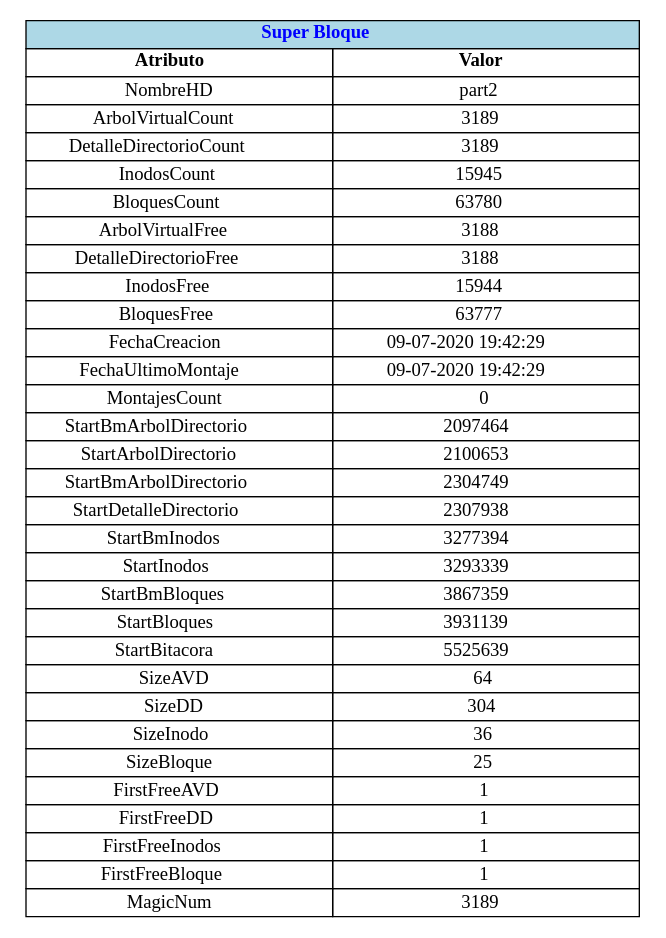
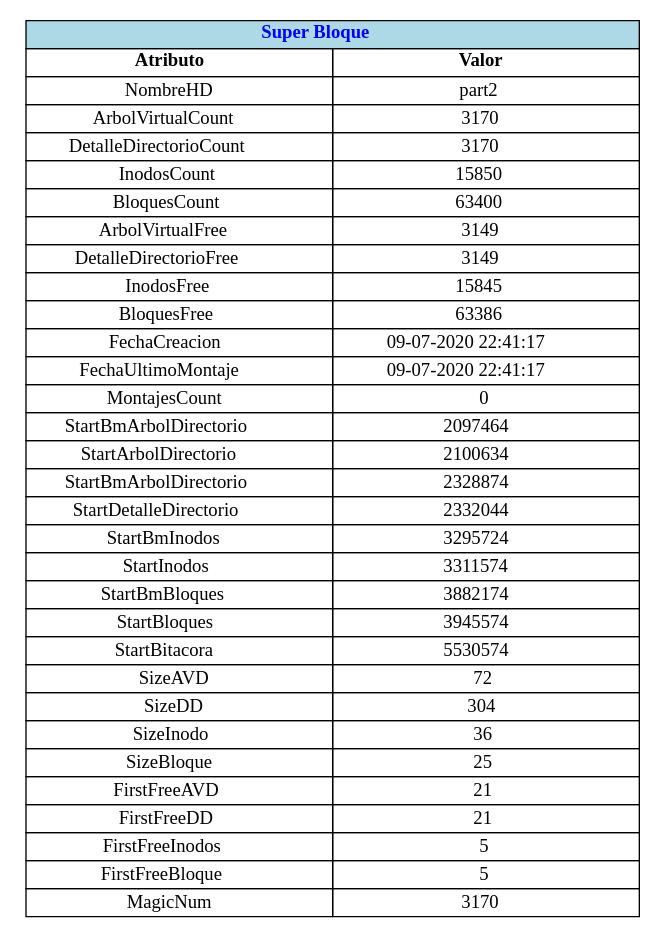
Before and after one commit to xJosee/SistemaArchivos: the diagram in Reportes/graficaSuperBloque.dot, drawn with Graphviz. The commit also changed 8 other files, not shown here.

```diff
--- a/Reportes/graficaSuperBloque.dot
+++ b/Reportes/graficaSuperBloque.dot
@@ -1,39 +1,39 @@
 digraph G{ 
 node [shape=plaintext]
 tbl[
 label=<
 <table border='0' cellborder='1' cellspacing='0' width='300'  height='200' >
  <tr ><td colspan='2' bgcolor= 'lightblue' ><b><font color='blue'>Super Bloque</font></b></td></tr><tr>  <td width='230'> <b>Atributo</b> </td> <td width='230'> <b>Valor</b> </td>  </tr>
 <tr>  <td>NombreHD</td><td>part2</td>  </tr>
-<tr>  <td>ArbolVirtualCount</td><td>3189</td>  </tr>
-<tr>  <td>DetalleDirectorioCount</td><td>3189</td>  </tr>
-<tr>  <td>InodosCount</td><td>15945</td>  </tr>
-<tr>  <td>BloquesCount</td><td>63780</td>  </tr>
-<tr>  <td>ArbolVirtualFree</td><td>3188</td>  </tr>
-<tr>  <td>DetalleDirectorioFree</td><td>3188</td>  </tr>
-<tr>  <td>InodosFree</td><td>15944</td>  </tr>
-<tr>  <td>BloquesFree</td><td>63777</td>  </tr>
-<tr>  <td>FechaCreacion</td><td>09-07-2020 19:42:29</td>  </tr>
-<tr>  <td>FechaUltimoMontaje</td><td>09-07-2020 19:42:29</td>  </tr>
+<tr>  <td>ArbolVirtualCount</td><td>3170</td>  </tr>
+<tr>  <td>DetalleDirectorioCount</td><td>3170</td>  </tr>
+<tr>  <td>InodosCount</td><td>15850</td>  </tr>
+<tr>  <td>BloquesCount</td><td>63400</td>  </tr>
+<tr>  <td>ArbolVirtualFree</td><td>3149</td>  </tr>
+<tr>  <td>DetalleDirectorioFree</td><td>3149</td>  </tr>
+<tr>  <td>InodosFree</td><td>15845</td>  </tr>
+<tr>  <td>BloquesFree</td><td>63386</td>  </tr>
+<tr>  <td>FechaCreacion</td><td>09-07-2020 22:41:17</td>  </tr>
+<tr>  <td>FechaUltimoMontaje</td><td>09-07-2020 22:41:17</td>  </tr>
 <tr>  <td>MontajesCount</td><td>0</td>  </tr>
 <tr>  <td>StartBmArbolDirectorio</td><td>2097464</td>  </tr>
-<tr>  <td>StartArbolDirectorio</td><td>2100653</td>  </tr>
-<tr>  <td>StartBmArbolDirectorio</td><td>2304749</td>  </tr>
-<tr>  <td>StartDetalleDirectorio</td><td>2307938</td>  </tr>
-<tr>  <td>StartBmInodos</td><td>3277394</td>  </tr>
-<tr>  <td>StartInodos</td><td>3293339</td>  </tr>
-<tr>  <td>StartBmBloques</td><td>3867359</td>  </tr>
-<tr>  <td>StartBloques</td><td>3931139</td>  </tr>
-<tr>  <td>StartBitacora</td><td>5525639</td>  </tr>
-<tr>  <td>SizeAVD</td><td>64</td>  </tr>
+<tr>  <td>StartArbolDirectorio</td><td>2100634</td>  </tr>
+<tr>  <td>StartBmArbolDirectorio</td><td>2328874</td>  </tr>
+<tr>  <td>StartDetalleDirectorio</td><td>2332044</td>  </tr>
+<tr>  <td>StartBmInodos</td><td>3295724</td>  </tr>
+<tr>  <td>StartInodos</td><td>3311574</td>  </tr>
+<tr>  <td>StartBmBloques</td><td>3882174</td>  </tr>
+<tr>  <td>StartBloques</td><td>3945574</td>  </tr>
+<tr>  <td>StartBitacora</td><td>5530574</td>  </tr>
+<tr>  <td>SizeAVD</td><td>72</td>  </tr>
 <tr>  <td>SizeDD</td><td>304</td>  </tr>
 <tr>  <td>SizeInodo</td><td>36</td>  </tr>
 <tr>  <td>SizeBloque</td><td>25</td>  </tr>
-<tr>  <td>FirstFreeAVD</td><td>1</td>  </tr>
-<tr>  <td>FirstFreeDD</td><td>1</td>  </tr>
-<tr>  <td>FirstFreeInodos</td><td>1</td>  </tr>
-<tr>  <td>FirstFreeBloque</td><td>1</td>  </tr>
-<tr>  <td>MagicNum</td><td>3189</td>  </tr>
+<tr>  <td>FirstFreeAVD</td><td>21</td>  </tr>
+<tr>  <td>FirstFreeDD</td><td>21</td>  </tr>
+<tr>  <td>FirstFreeInodos</td><td>5</td>  </tr>
+<tr>  <td>FirstFreeBloque</td><td>5</td>  </tr>
+<tr>  <td>MagicNum</td><td>3170</td>  </tr>
 </table>
 >];
 }
```
